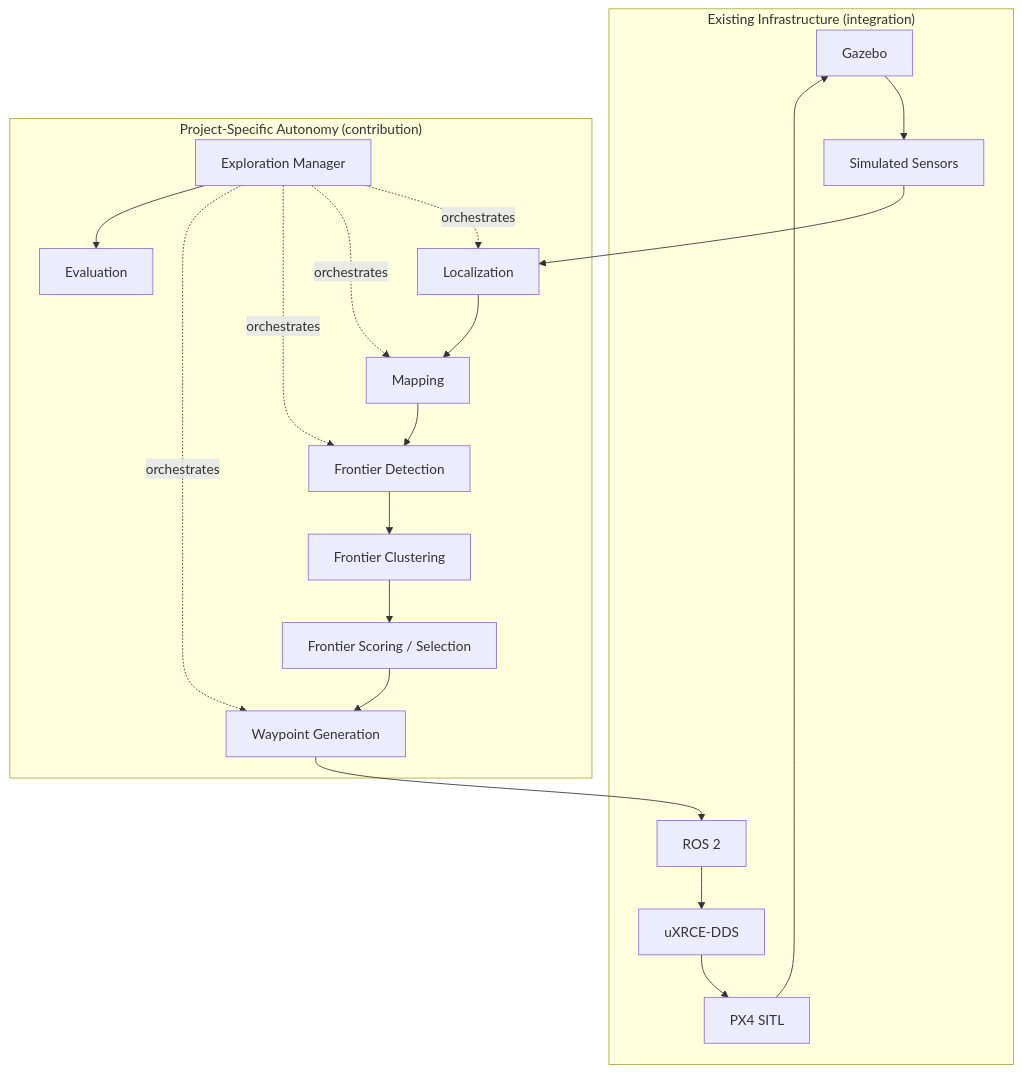
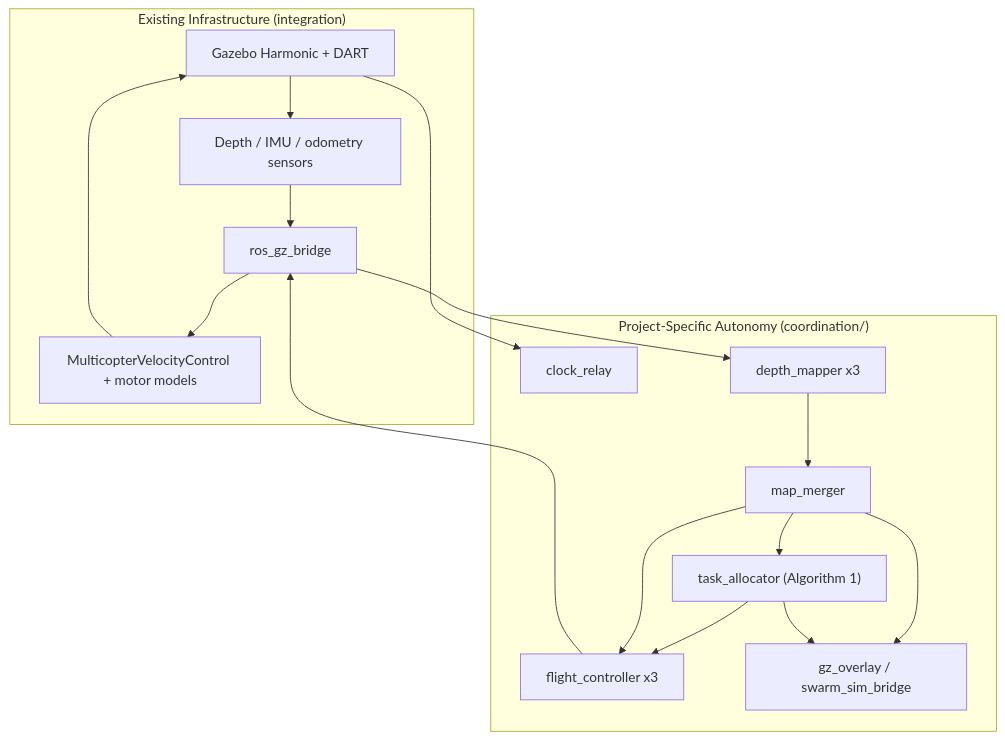
Before and after one commit to sujalmallick/GPS-Denied-Drone-Capstone: the first of 2 diagrams in mdFiles/architecture.md, drawn with Mermaid. The commit also changed other lines of this file and 30 other files, not shown here.

First line of the commit message:
docs: update design docs for the 3-drone Jazzy + Gazebo Harmonic swarm

````diff
--- a/mdFiles/architecture.md
+++ b/mdFiles/architecture.md
@@ -40,30 +36,24 @@
 ```mermaid
 graph TD
     subgraph Infra["Existing Infrastructure (integration)"]
-        GZ[Gazebo]
-        PX4[PX4 SITL]
-        DDS[uXRCE-DDS]
-        ROS[ROS 2]
-        SENS[Simulated Sensors]
+        GZ[Gazebo Harmonic + DART]
+        SENS[Depth / IMU / odometry sensors]
+        MVC[MulticopterVelocityControl + motor models]
+        BR[ros_gz_bridge]
     end
 
-    subgraph Auto["Project-Specific Autonomy (contribution)"]
-        LOC[Localization]
-        MAP[Mapping]
-        FD[Frontier Detection]
-        FC[Frontier Clustering]
-        FS[Frontier Scoring / Selection]
-        WP[Waypoint Generation]
-        EM[Exploration Manager]
-        EVAL[Evaluation]
+    subgraph Auto["Project-Specific Autonomy (coordination/)"]
+        CR[clock_relay]
+        DM["depth_mapper x3"]
+        MM[map_merger]
+        TA["task_allocator (Algorithm 1)"]
+        FC["flight_controller x3"]
+        VIS[gz_overlay / swarm_sim_bridge]
     end
 
-    GZ --> SENS --> LOC
-    LOC --> MAP --> FD --> FC --> FS --> WP
-    EM -.orchestrates.-> LOC
-    EM -.orchestrates.-> MAP
-    EM -.orchestrates.-> FD
-    EM -.orchestrates.-> WP
-    WP --> ROS --> DDS --> PX4 --> GZ
-    EM --> EVAL
+    GZ --> SENS --> BR --> DM --> MM --> TA --> FC --> BR --> MVC --> GZ
+    GZ --> CR
+    MM --> FC
+    MM --> VIS
+    TA --> VIS
 ```
````
